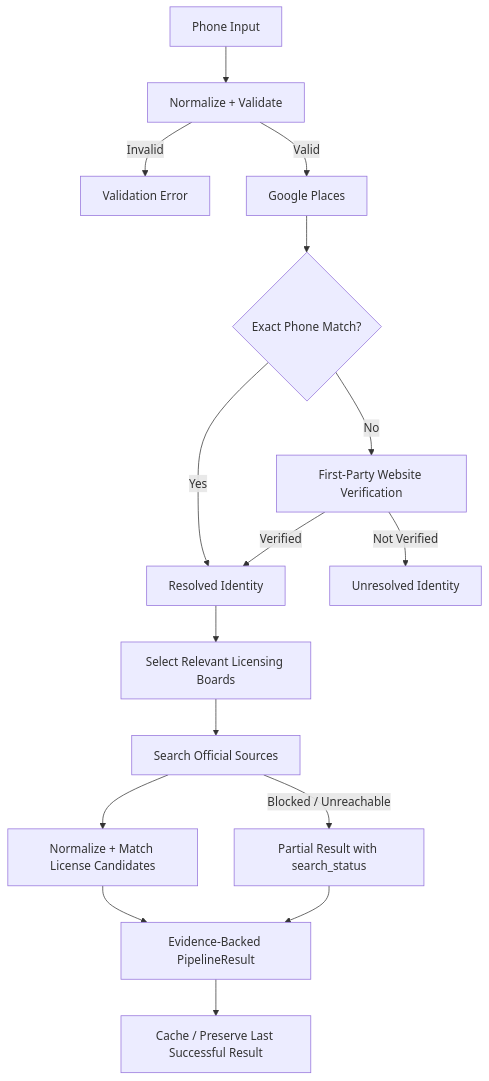
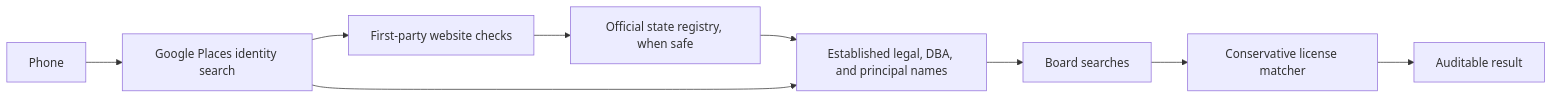
Before and after one commit to jahnavib26/hirenimbus-license-discovery-agent: the diagram in README.md, drawn with Mermaid. The commit also changed other lines of this file and 68 other files, not shown here.

````diff
--- a/README.md
+++ b/README.md
@@ -72,24 +10,11 @@
 ```mermaid
-flowchart TD
-    A[Phone Input] --> B[Normalize + Validate]
-    B -->|Invalid| X[Validation Error]
-    B -->|Valid| C[Google Places]
-
-    C --> D{Exact Phone Match?}
-
-    D -->|Yes| E[Resolved Identity]
-    D -->|No| F[First-Party Website Verification]
-
-    F -->|Verified| E
-    F -->|Not Verified| Y[Unresolved Identity]
-
-    E --> G[Select Relevant Licensing Boards]
-    G --> H[Search Official Sources]
-    H --> I[Normalize + Match License Candidates]
-    I --> J[Evidence-Backed PipelineResult]
-
-    H -->|Blocked / Unreachable| K[Partial Result with search_status]
-    K --> J
-
-    J --> L[Cache / Preserve Last Successful Result]
+flowchart LR
+    A[Phone] --> B[Google Places identity search]
+    B --> C[First-party website checks]
+    C --> D[Official state registry, when safe]
+    D --> E[Established legal, DBA, and principal names]
+    B --> E
+    E --> F[Board searches]
+    F --> G[Conservative license matcher]
+    G --> H[Auditable result]
 ```
````
